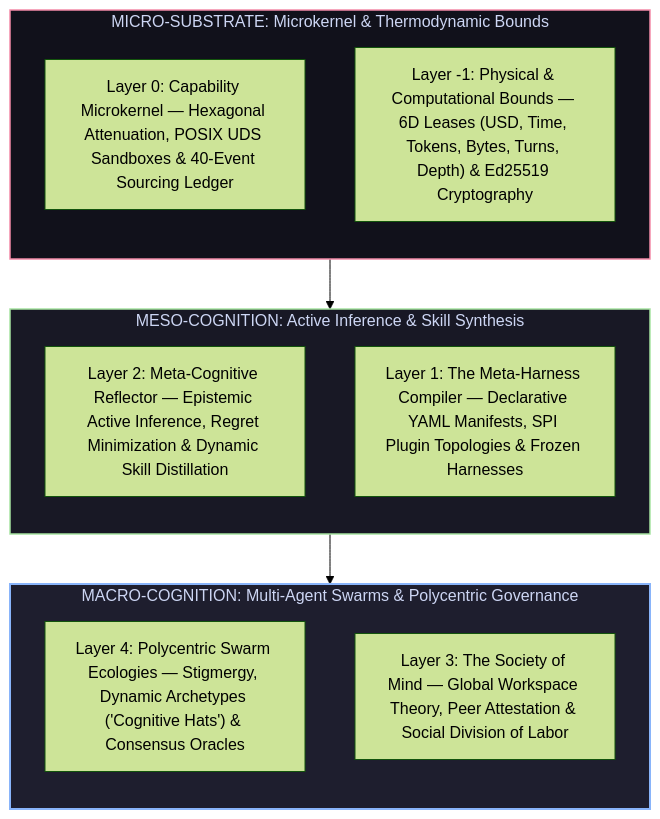
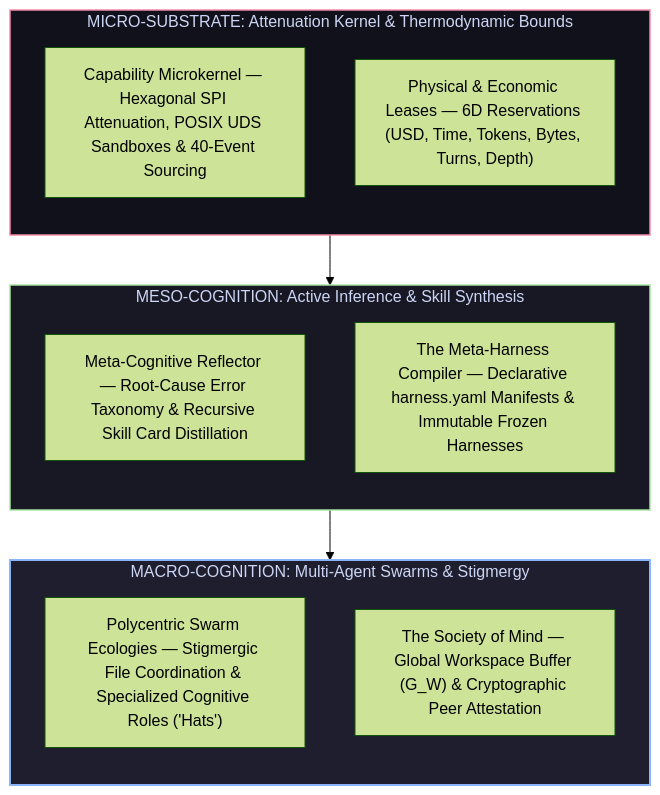
Before and after one commit to brainopensource/cognitive-framework: the first of 2 diagrams in docs/01_executive/vision.md, drawn with Mermaid (forest theme). The commit also changed other lines of this file, not shown here.

Commit message:
docs(vision): rewrite vision.md to focus directly on problems, solutions, and evolutionary roadmap

````diff
--- a/docs/01_executive/vision.md
+++ b/docs/01_executive/vision.md
@@ -31,27 +57,27 @@
 ```mermaid
 flowchart TD
-    subgraph MacroSwarm ["MACRO-COGNITION: Multi-Agent Swarms & Polycentric Governance"]
+    subgraph MacroSwarm ["MACRO-COGNITION: Multi-Agent Swarms & Stigmergy"]
         direction TB
-        L4["Layer 4: Polycentric Swarm Ecologies — Stigmergy, Dynamic Archetypes ('Cognitive Hats') & Consensus Oracles"]
-        L3["Layer 3: The Society of Mind — Global Workspace Theory, Peer Attestation & Social Division of Labor"]
+        L4["Polycentric Swarm Ecologies — Stigmergic File Coordination & Specialized Cognitive Roles ('Hats')"]
+        L3["The Society of Mind — Global Workspace Buffer (G_W) & Cryptographic Peer Attestation"]
     end
 
     subgraph MesoCognition ["MESO-COGNITION: Active Inference & Skill Synthesis"]
         direction TB
-        L2["Layer 2: Meta-Cognitive Reflector — Epistemic Active Inference, Regret Minimization & Dynamic Skill Distillation"]
-        L1["Layer 1: The Meta-Harness Compiler — Declarative YAML Manifests, SPI Plugin Topologies & Frozen Harnesses"]
+        L2["Meta-Cognitive Reflector — Root-Cause Error Taxonomy & Recursive Skill Card Distillation"]
+        L1["The Meta-Harness Compiler — Declarative harness.yaml Manifests & Immutable Frozen Harnesses"]
     end
 
-    subgraph MicroSubstrate ["MICRO-SUBSTRATE: Microkernel & Thermodynamic Bounds"]
+    subgraph MicroSubstrate ["MICRO-SUBSTRATE: Attenuation Kernel & Thermodynamic Bounds"]
         direction TB
-        L0["Layer 0: Capability Microkernel — Hexagonal Attenuation, POSIX UDS Sandboxes & 40-Event Sourcing Ledger"]
-        LP["Layer -1: Physical & Computational Bounds — 6D Leases (USD, Time, Tokens, Bytes, Turns, Depth) & Ed25519 Cryptography"]
+        L0["Capability Microkernel — Hexagonal SPI Attenuation, POSIX UDS Sandboxes & 40-Event Sourcing"]
+        LP["Physical & Economic Leases — 6D Reservations (USD, Time, Tokens, Bytes, Turns, Depth)"]
     end
 
     MicroSubstrate --> MesoCognition
     MesoCognition --> MacroSwarm
 
     style MacroSwarm fill:#1e1e2e,stroke:#89b4fa,stroke-width:2px,color:#cdd6f4
     style MesoCognition fill:#181825,stroke:#a6e3a1,stroke-width:1.5px,color:#cdd6f4
     style MicroSubstrate fill:#11111b,stroke:#f38ba8,stroke-width:1.5px,color:#cdd6f4
 ```
````
